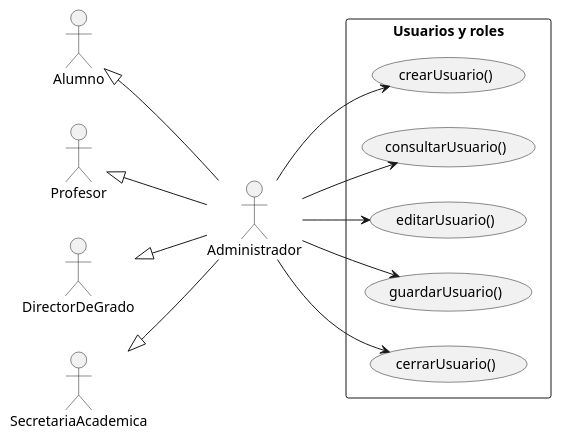
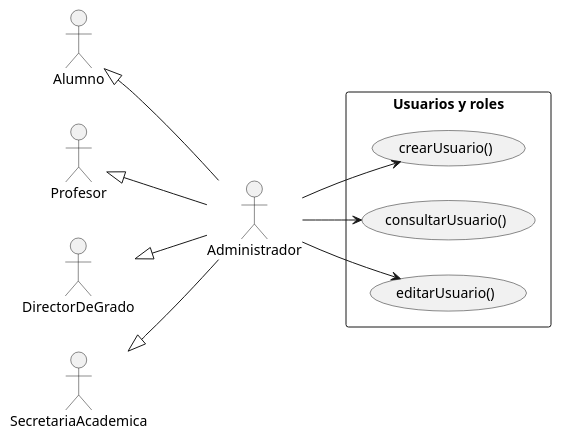
Before and after one commit to enmabry/25-26-IdSw1-SdR: the diagram in documents/CasosDeUso/CasoDeUso/Administrador/Administrador.puml, drawn with PlantUML. The commit also changed 3 other files, not shown here.

```diff
--- a/documents/CasosDeUso/CasoDeUso/Administrador/Administrador.puml
+++ b/documents/CasosDeUso/CasoDeUso/Administrador/Administrador.puml
@@ -1,31 +1,27 @@
-@startuml DiagramaDeCasosDeUsoAdministrador
+@startuml
 left to right direction
 skinparam packageStyle rectangle
 
 actor Alumno
 actor Profesor
 actor DirectorDeGrado
 actor SecretariaAcademica
 actor Administrador
 
 ' Herencia de roles: Administrador puede hacer todo lo de estos actores
 Alumno <|-- Administrador
 Profesor <|-- Administrador
 DirectorDeGrado <|-- Administrador
 SecretariaAcademica <|-- Administrador
 
     package "Usuarios y roles" {
         usecase "crearUsuario()"     as UsuariosCrear
         usecase "consultarUsuario()" as UsuariosConsultar
         usecase "editarUsuario()"    as UsuariosEditar
-        usecase "guardarUsuario()"   as UsuariosGuardar
-        usecase "cerrarUsuario()"    as UsuariosCerrar
     }
 
     Administrador --> UsuariosCrear
     Administrador --> UsuariosConsultar
     Administrador --> UsuariosEditar
-    Administrador --> UsuariosGuardar
-    Administrador --> UsuariosCerrar
 
 @enduml
```
